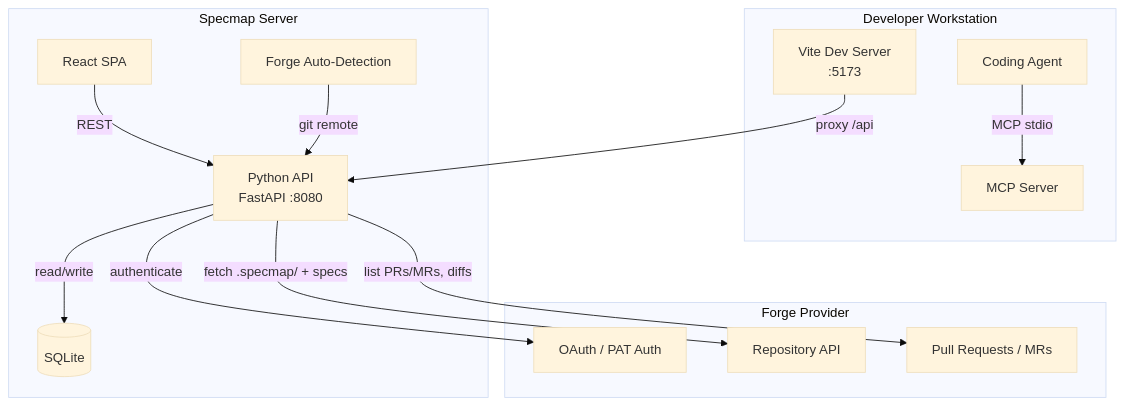
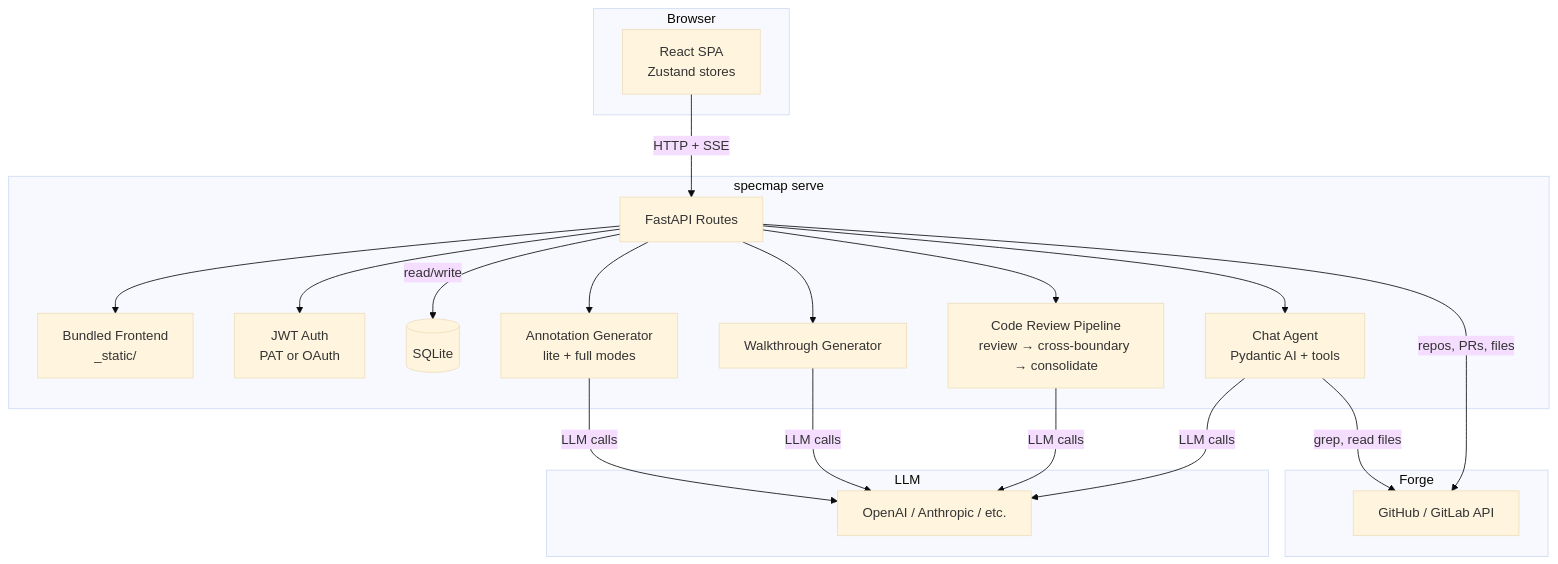
The second of 2 diagrams in docs/concepts/architecture.md (jdraines/specmap), drawn with Mermaid (base theme) before and after one commit. The commit also changed other lines of this file and 18 other files, not shown here.

````diff
--- a/docs/concepts/architecture.md
+++ b/docs/concepts/architecture.md
@@ -68,30 +93,40 @@
 ```mermaid
 graph TB
-    subgraph "Developer Workstation"
-        Agent[Coding Agent]
-        MCP[MCP Server]
-        Vite[Vite Dev Server<br/>:5173]
+    subgraph "Browser"
+        SPA[React SPA<br/>Zustand stores]
     end
 
-    subgraph "Specmap Server"
-        Web[React SPA]
-        API[Python API<br/>FastAPI :8080]
+    subgraph "specmap serve"
+        FE[Bundled Frontend<br/>_static/]
+        API[FastAPI Routes]
+        Gen[Annotation Generator<br/>lite + full modes]
+        WK[Walkthrough Generator]
+        CR[Code Review Pipeline<br/>review → cross-boundary → consolidate]
+        ChatA[Chat Agent<br/>Pydantic AI + tools]
+        Auth[JWT Auth<br/>PAT or OAuth]
         DB[(SQLite)]
-        Detect[Forge Auto-Detection]
     end
 
-    subgraph "Forge Provider"
-        ForgeAuth[OAuth / PAT Auth]
-        ForgeAPI[Repository API]
-        ForgePR[Pull Requests / MRs]
+    subgraph "Forge"
+        GH[GitHub / GitLab API]
     end
 
-    Agent -->|MCP stdio| MCP
-    Vite -->|proxy /api| API
-    Web -->|REST| API
+    subgraph "LLM"
+        Provider[OpenAI / Anthropic / etc.]
+    end
+
+    SPA -->|HTTP + SSE| API
+    API --> FE
+    API --> Auth
     API -->|read/write| DB
-    Detect -->|git remote| API
-    API -->|authenticate| ForgeAuth
-    API -->|fetch .specmap/ + specs| ForgeAPI
-    API -->|list PRs/MRs, diffs| ForgePR
+    API --> Gen
+    API --> WK
+    API --> CR
+    API --> ChatA
+    API -->|repos, PRs, files| GH
+    Gen -->|LLM calls| Provider
+    WK -->|LLM calls| Provider
+    CR -->|LLM calls| Provider
+    ChatA -->|LLM calls| Provider
+    ChatA -->|grep, read files| GH
 ```
````
